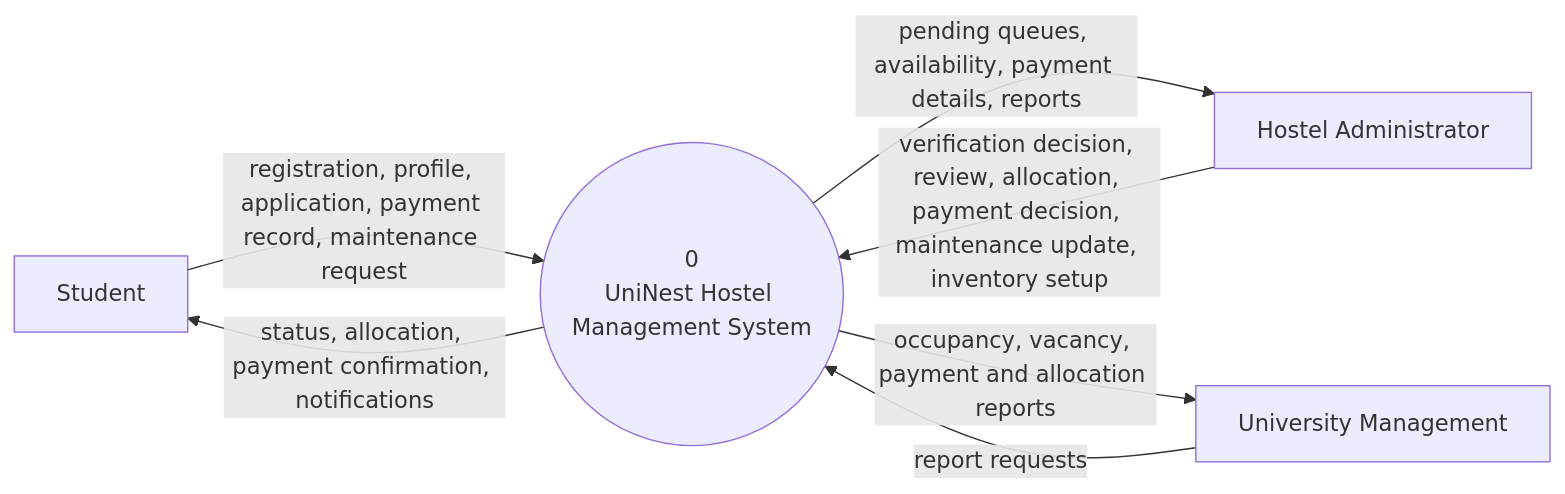
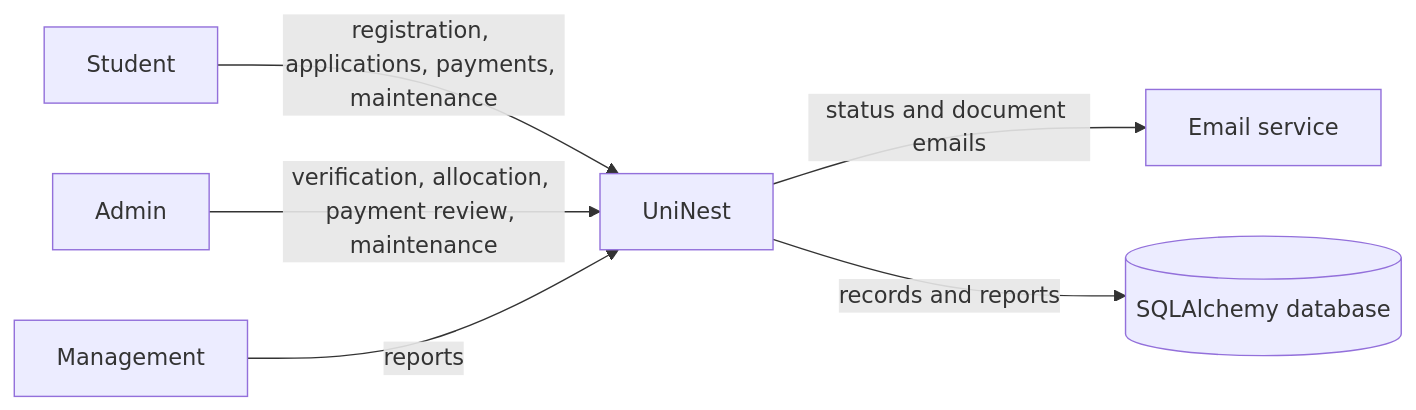
Before and after one commit to abraxusanu-debug/UniNest_Project: the fourth of 6 diagrams in deliverables/UniNest_SRS.md, drawn with Mermaid. The commit also changed other lines of this file and 86 other files, not shown here.

````diff
--- a/deliverables/UniNest_SRS.md
+++ b/deliverables/UniNest_SRS.md
@@ -540,10 +217,8 @@
 ```mermaid
-%% figure: context
 flowchart LR
-    ST[Student] -->|registration, profile, application, payment record, maintenance request| P((0\nUniNest Hostel Management System))
-    P -->|status, allocation, payment confirmation, notifications| ST
-    AD[Hostel Administrator] -->|verification decision, review, allocation, payment decision, maintenance update, inventory setup| P
-    P -->|pending queues, availability, payment details, reports| AD
-    MG[University Management] -->|report requests| P
-    P -->|occupancy, vacancy, payment and allocation reports| MG
+    Student -->|registration, applications, payments, maintenance| UniNest
+    Admin -->|verification, allocation, payment review, maintenance| UniNest
+    Management -->|reports| UniNest
+    UniNest -->|status and document emails| EmailService[Email service]
+    UniNest -->|records and reports| Database[(SQLAlchemy database)]
 ```
````
